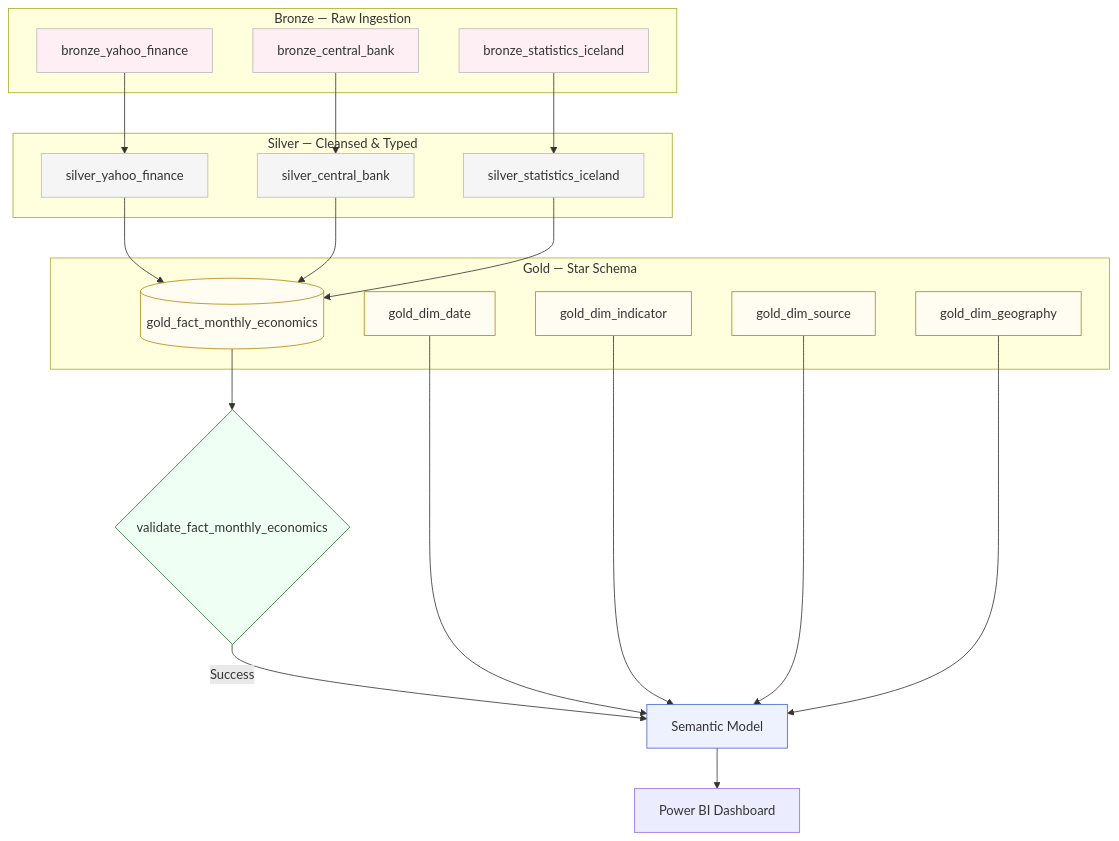
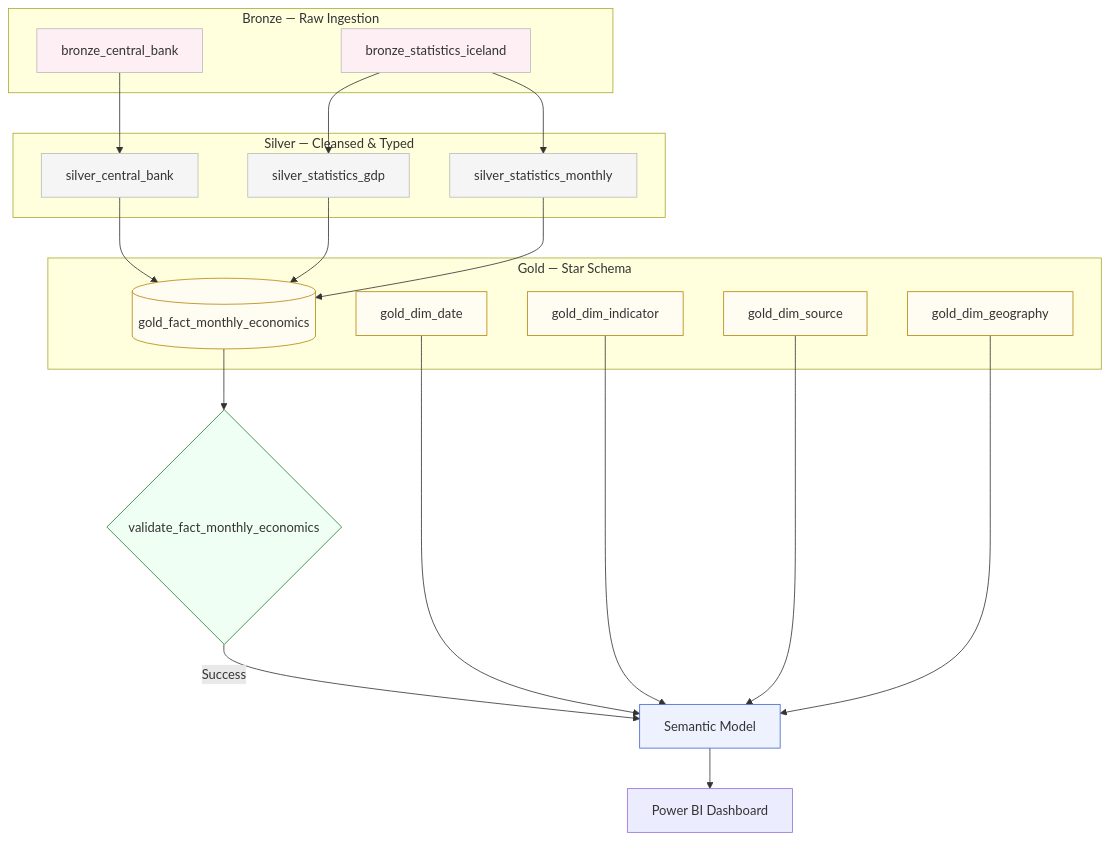
The first of 2 diagrams in README.md (elvarlax/iceland-economic-analytics), drawn with Mermaid before and after one commit. The commit also changed other lines of this file and 25 other files, not shown here.

````diff
--- a/README.md
+++ b/README.md
@@ -37,40 +56,39 @@
 ```mermaid
 flowchart TD
     classDef b fill:#fdeff4,stroke:#bbb,stroke-width:1px
     classDef s fill:#f5f5f5,stroke:#bbb,stroke-width:1px
     classDef g fill:#fffcf2,stroke:#b8860b,stroke-width:1px
     classDef q fill:#f0fff4,stroke:#2d7a37,stroke-width:1px
     classDef sm fill:#eef2ff,stroke:#4466cc,stroke-width:1px
 
     subgraph BRONZE["Bronze — Raw Ingestion"]
-        B1[bronze_yahoo_finance]:::b
-        B2[bronze_central_bank]:::b
-        B3[bronze_statistics_iceland]:::b
+        B1[bronze_central_bank]:::b
+        B2[bronze_statistics_iceland]:::b
     end
 
     subgraph SILVER["Silver — Cleansed & Typed"]
-        S1[silver_yahoo_finance]:::s
-        S2[silver_central_bank]:::s
-        S3[silver_statistics_iceland]:::s
+        S1[silver_central_bank]:::s
+        S2[silver_statistics_gdp]:::s
+        S3[silver_statistics_monthly]:::s
     end
 
     subgraph GOLD["Gold — Star Schema"]
         F[(gold_fact_monthly_economics)]:::g
         D1[gold_dim_date]:::g
         D2[gold_dim_indicator]:::g
         D3[gold_dim_source]:::g
         D4[gold_dim_geography]:::g
     end
 
     B1 --> S1
     B2 --> S2
-    B3 --> S3
+    B2 --> S3
 
     S1 & S2 & S3 --> F
 
     F --> GX{validate_fact_monthly_economics}:::q
 
     GX -- Success --> SM[Semantic Model]:::sm
     D1 & D2 & D3 & D4 --> SM
     SM --> PBI[Power BI Dashboard]
 ```
````
